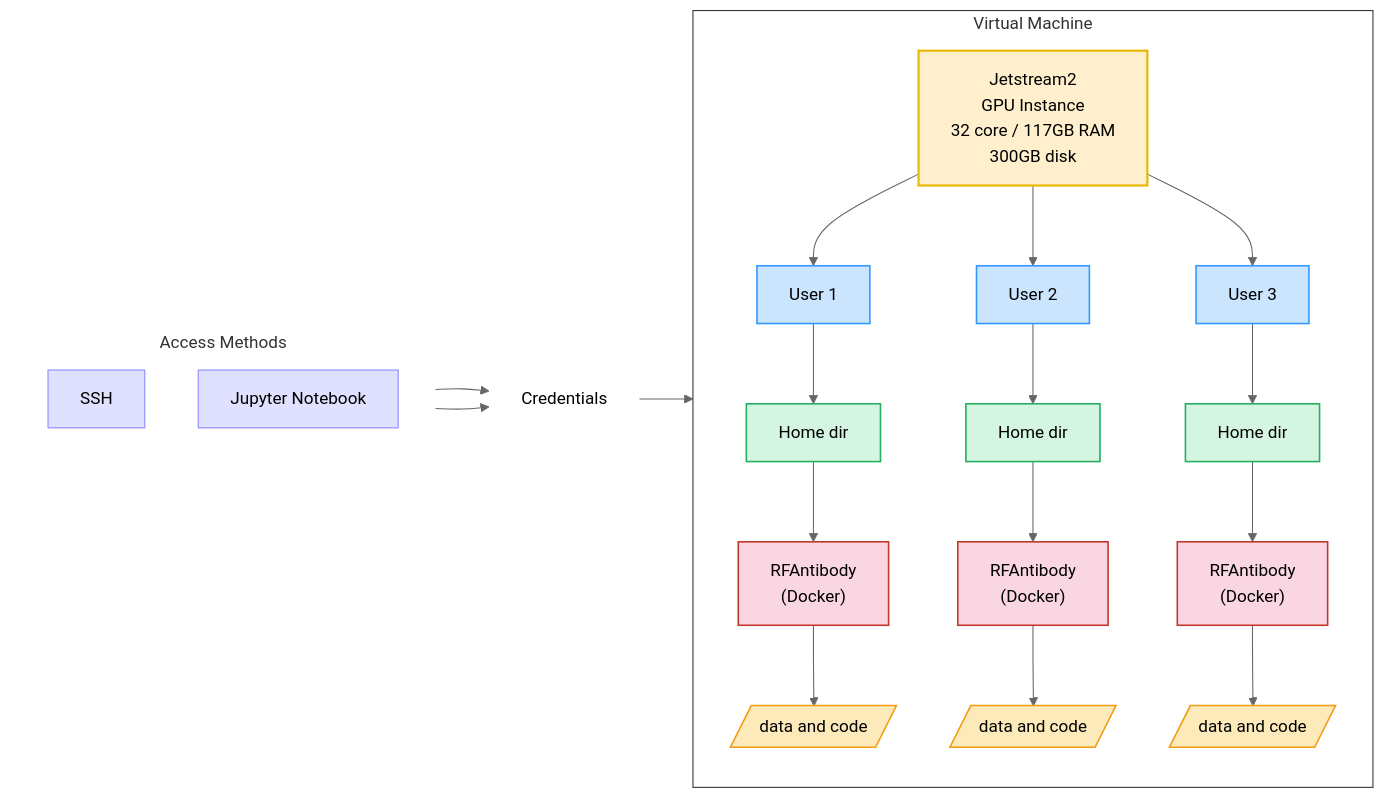
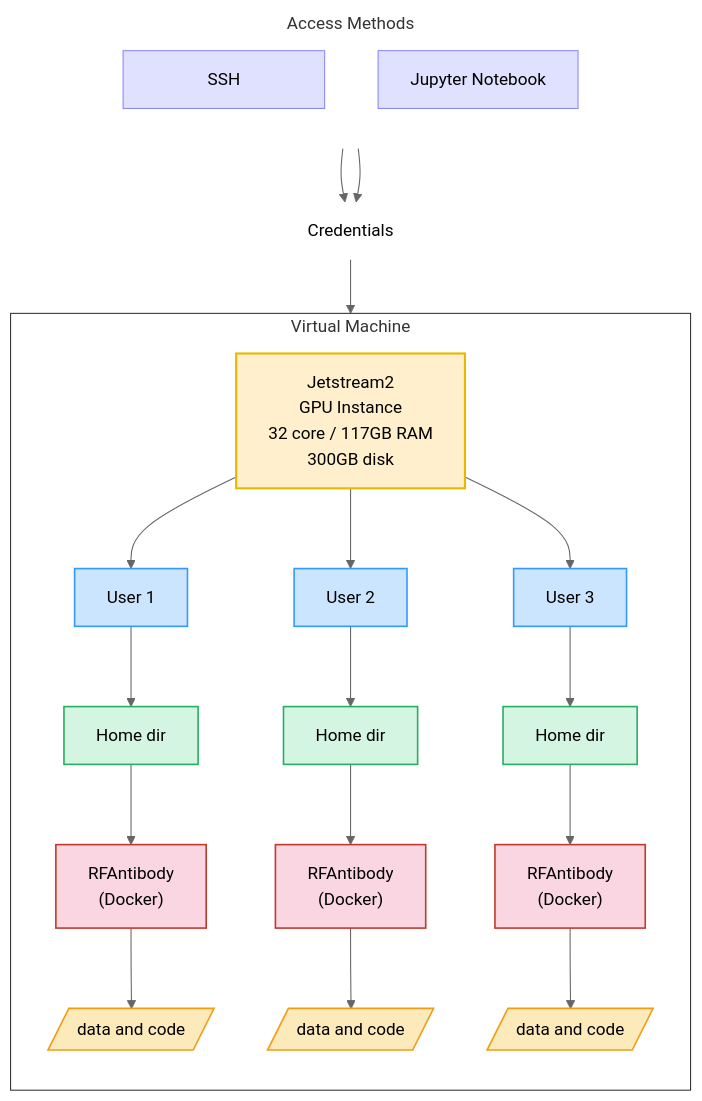
The diagram in README.md (AntibodyEngineers/2025-Antibodies-and-AI), drawn with Mermaid (neutral theme) before and after one commit.

````diff
--- a/README.md
+++ b/README.md
@@ -9,37 +9,37 @@
 ```mermaid
-flowchart LR
+flowchart TB
 
 %% Access methods to VM
 subgraph Access [ Access Methods ]
   direction TB
-  SSH1[SSH]:::access
-  Jupyter1[Jupyter Notebook]:::access
+  SSH1[&emsp;&emsp;&emsp;SSH&emsp;&emsp;&emsp;]:::access
+  Jup1["Jupyter Notebook"]:::access
 end
 
 %% Connect Access to next block
 SSH1 --> ACC[Credentials]:::spacer
-Jupyter1 --> ACC
+Jup1 --> ACC
 ACC --> VM
 
 %% VM and user structure
 subgraph VM [Virtual Machine]
   direction TB
   A["Jetstream2<br/>GPU Instance<br/>32 core / 117GB RAM<br/>300GB disk"]:::gpu
   A --> B[User 1]:::user --> C[Home dir]:::home --> D["RFAntibody<br/>(Docker)"]:::docker --> E[/data and code/]:::data
   A --> B2[User 2]:::user --> C2[Home dir]:::home --> D2["RFAntibody<br/>(Docker)"]:::docker --> E2[/data and code/]:::data
   A --> B3[User 3]:::user --> C3[Home dir]:::home --> D3["RFAntibody<br/>(Docker)"]:::docker --> E3[/data and code/]:::data
 end
 
 %% Style definitions
 classDef gpu fill:#ffefcc,stroke:#e8b800,stroke-width:2px;
 classDef user fill:#cce5ff,stroke:#3399ff,stroke-width:1.5px;
 classDef home fill:#d5f5e3,stroke:#27ae60,stroke-width:1.5px;
 classDef docker fill:#f9d6e2,stroke:#c0392b,stroke-width:1.5px;
 classDef data fill:#fceabb,stroke:#f39c12,stroke-width:1.5px;
 classDef access fill:#e0e0ff,stroke:#8888ff,stroke-width:1px;
 classDef clear fill:#FFFFFF00,stroke:#FFFFFF00;
 classDef box fill:#FFFFFF00,stroke:#333;
 classDef spacer fill:transparent,stroke:transparent;
   class Access clear
   class VM box
 ```
````
